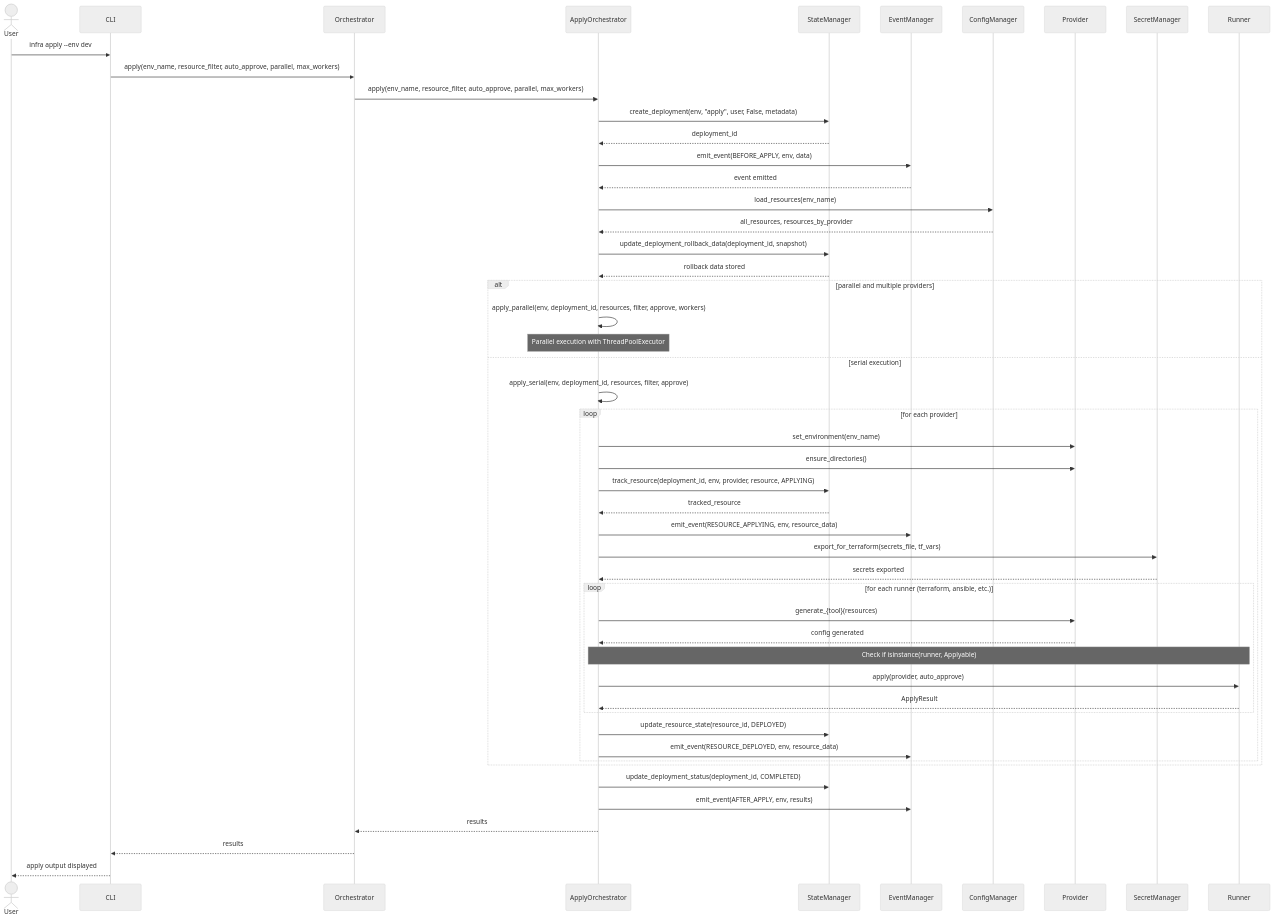
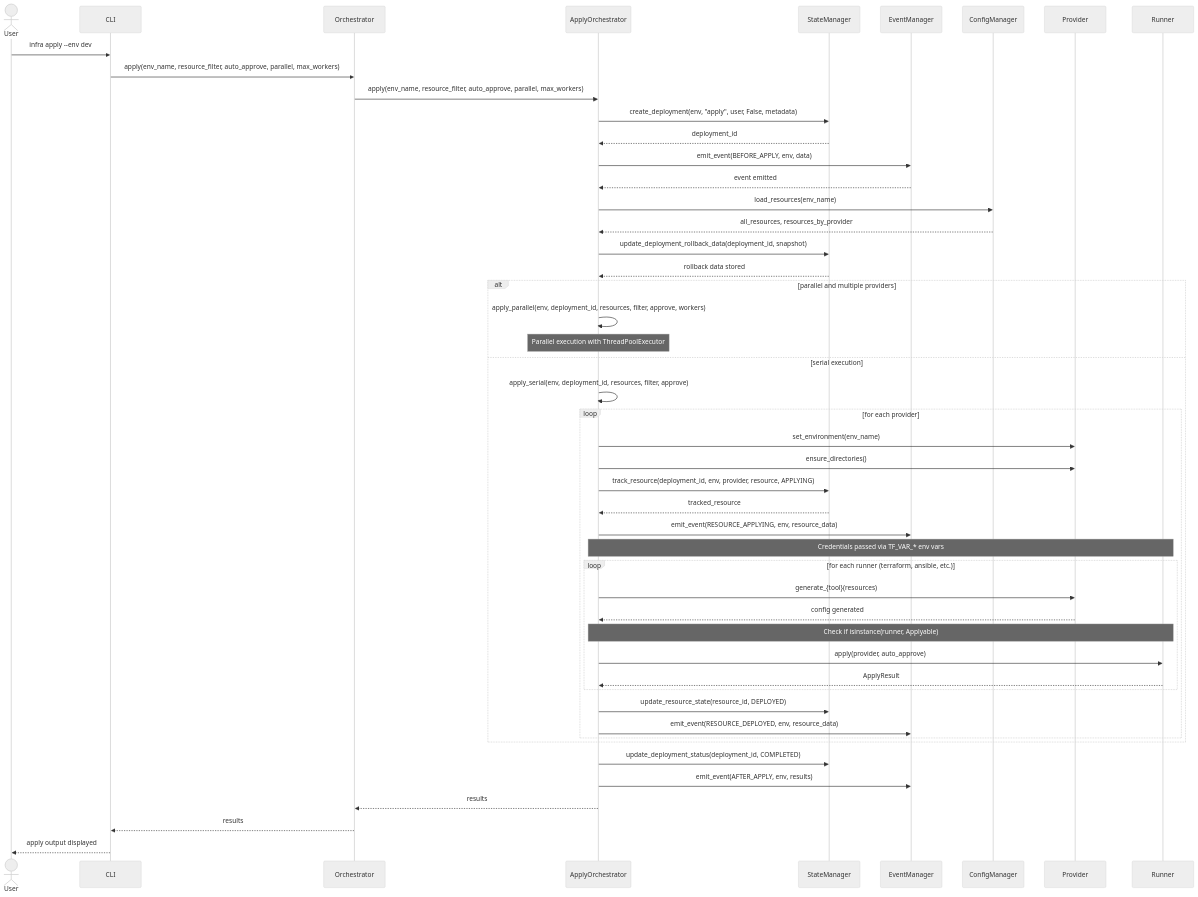
The second of 3 diagrams in docs/architecture/orchestrator-architecture.md (endavis/infrafoundry), drawn with Mermaid (neutral theme) before and after one commit. The commit also changed other lines of this file and 10 other files, not shown here.

Commit message:
docs: update documentation for env-var secrets, lifecycle events, and removed tfvars (merges PR #424, addresses #423)

````diff
--- a/docs/architecture/orchestrator-architecture.md
+++ b/docs/architecture/orchestrator-architecture.md
@@ -122,68 +120,66 @@
 ```mermaid
 sequenceDiagram
     actor User
     participant CLI
     participant Orchestrator
     participant ApplyOrchestrator
     participant StateManager
     participant EventManager
     participant ConfigManager
     participant Provider
-    participant SecretManager
     participant Runner
 
     User->>CLI: infra apply --env dev
     CLI->>Orchestrator: apply(env_name, resource_filter, auto_approve, parallel, max_workers)
     Orchestrator->>ApplyOrchestrator: apply(env_name, resource_filter, auto_approve, parallel, max_workers)
 
     ApplyOrchestrator->>StateManager: create_deployment(env, "apply", user, False, metadata)
     StateManager-->>ApplyOrchestrator: deployment_id
 
     ApplyOrchestrator->>EventManager: emit_event(BEFORE_APPLY, env, data)
     EventManager-->>ApplyOrchestrator: event emitted
 
     ApplyOrchestrator->>ConfigManager: load_resources(env_name)
     ConfigManager-->>ApplyOrchestrator: all_resources, resources_by_provider
 
     ApplyOrchestrator->>StateManager: update_deployment_rollback_data(deployment_id, snapshot)
     StateManager-->>ApplyOrchestrator: rollback data stored
 
     alt parallel and multiple providers
         ApplyOrchestrator->>ApplyOrchestrator: apply_parallel(env, deployment_id, resources, filter, approve, workers)
         Note over ApplyOrchestrator: Parallel execution with ThreadPoolExecutor
     else serial execution
         ApplyOrchestrator->>ApplyOrchestrator: apply_serial(env, deployment_id, resources, filter, approve)
 
         loop for each provider
             ApplyOrchestrator->>Provider: set_environment(env_name)
             ApplyOrchestrator->>Provider: ensure_directories()
 
             ApplyOrchestrator->>StateManager: track_resource(deployment_id, env, provider, resource, APPLYING)
             StateManager-->>ApplyOrchestrator: tracked_resource
 
             ApplyOrchestrator->>EventManager: emit_event(RESOURCE_APPLYING, env, resource_data)
 
-            ApplyOrchestrator->>SecretManager: export_for_terraform(secrets_file, tf_vars)
-            SecretManager-->>ApplyOrchestrator: secrets exported
+            Note over ApplyOrchestrator,Runner: Credentials passed via TF_VAR_* env vars
 
             loop for each runner (terraform, ansible, etc.)
                 ApplyOrchestrator->>Provider: generate_{tool}(resources)
                 Provider-->>ApplyOrchestrator: config generated
 
                 Note over ApplyOrchestrator,Runner: Check if isinstance(runner, Applyable)
                 ApplyOrchestrator->>Runner: apply(provider, auto_approve)
                 Runner-->>ApplyOrchestrator: ApplyResult
             end
 
             ApplyOrchestrator->>StateManager: update_resource_state(resource_id, DEPLOYED)
             ApplyOrchestrator->>EventManager: emit_event(RESOURCE_DEPLOYED, env, resource_data)
         end
     end
 
     ApplyOrchestrator->>StateManager: update_deployment_status(deployment_id, COMPLETED)
     ApplyOrchestrator->>EventManager: emit_event(AFTER_APPLY, env, results)
 
     ApplyOrchestrator-->>Orchestrator: results
     Orchestrator-->>CLI: results
     CLI-->>User: apply output displayed
 ```
````
